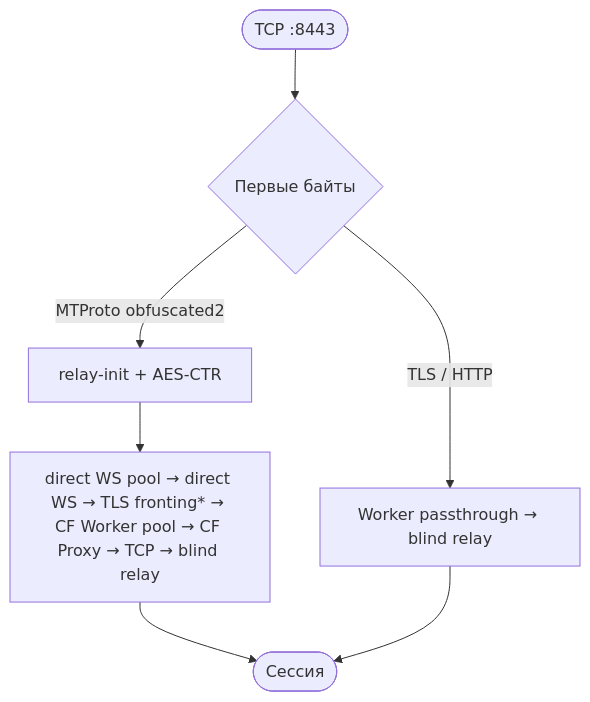
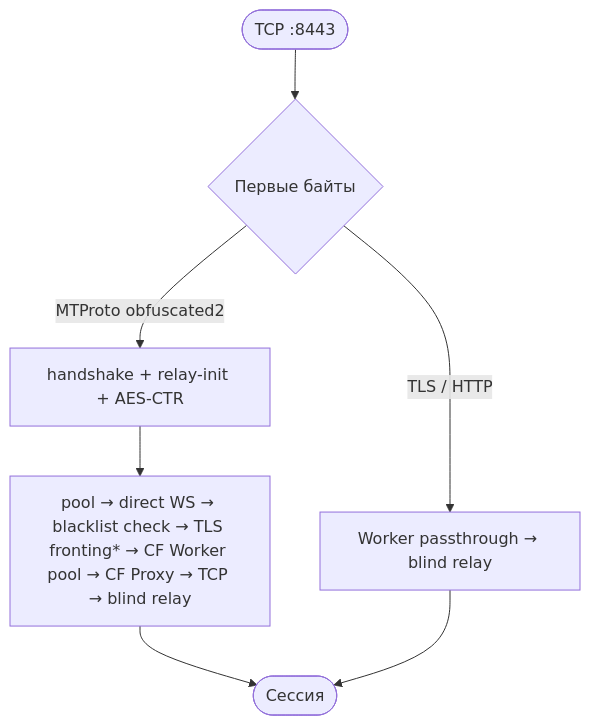
The second of 2 diagrams in docs/GUIDE.md (onebany/wrtg), drawn with Mermaid before and after one commit. The commit also changed other lines of this file and 15 other files, not shown here.

````diff
--- a/docs/GUIDE.md
+++ b/docs/GUIDE.md
@@ -47,9 +60,9 @@
 ```mermaid
 flowchart TD
     Start(["TCP :8443"]) --> Classify{"Первые байты"}
-    Classify -->|"TLS / HTTP"| Passthrough["Worker passthrough → blind relay"]
-    Classify -->|"MTProto obfuscated2"| Crypto["relay-init + AES-CTR"]
-    Crypto --> Chain["direct WS pool → direct WS → TLS fronting* → CF Worker pool → CF Proxy → TCP → blind relay"]
+    Classify -->|"TLS / HTTP"| PT["Worker passthrough → blind relay"]
+    Classify -->|"MTProto obfuscated2"| Crypto["handshake + relay-init + AES-CTR"]
+    Crypto --> Chain["pool → direct WS → blacklist check → TLS fronting* → CF Worker pool → CF Proxy → TCP → blind relay"]
     Chain --> Done(["Сессия"])
-    Passthrough --> Done
+    PT --> Done
 ```
````
